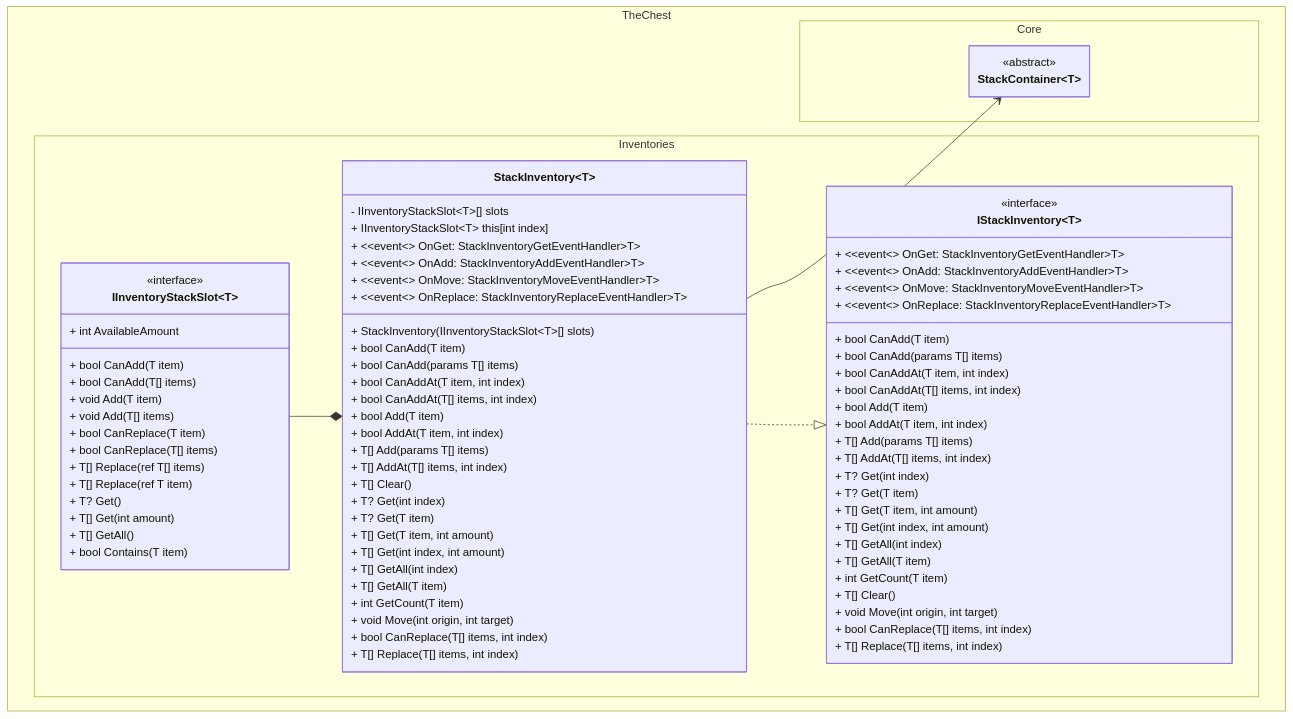
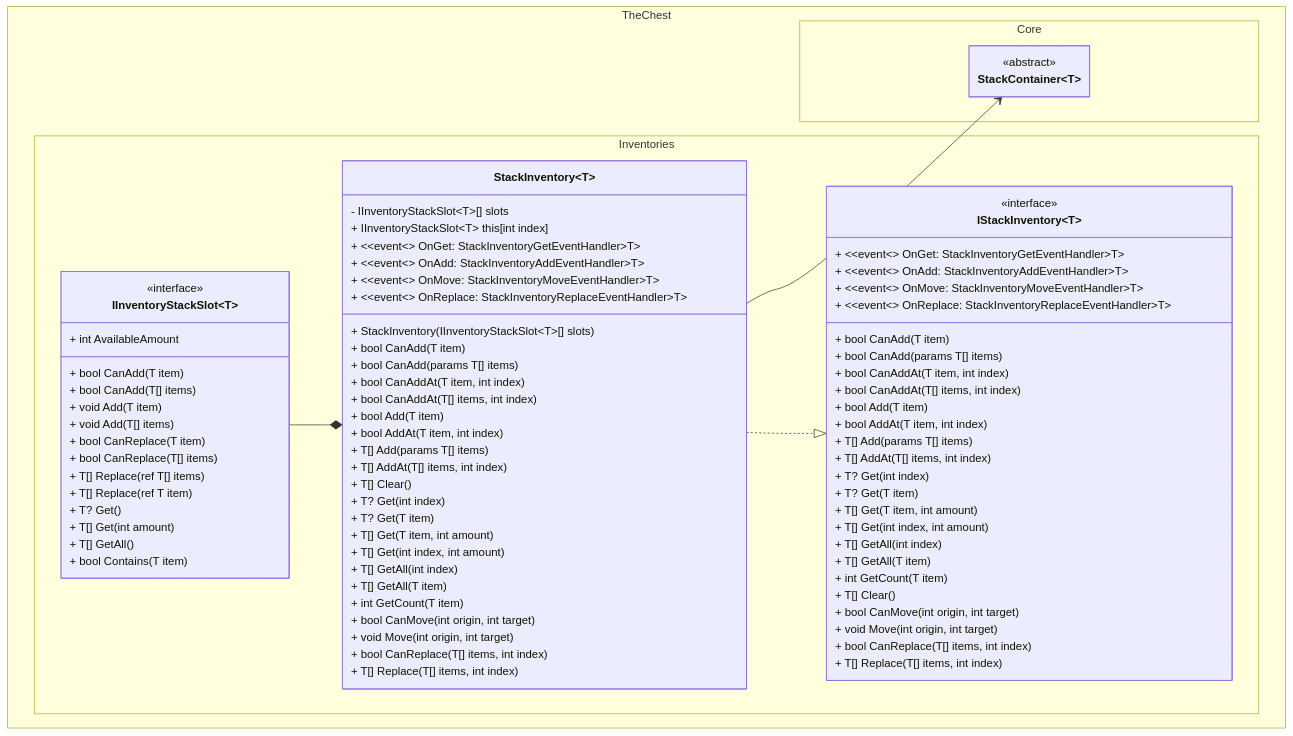
One commit to The-Chest/TheChest.Inventories changed the first of 2 diagrams in docs/stack_inventory/class_diagram.md. Above: the diagram before and after it, drawn with Mermaid. The commit also changed 4 other files, not shown here.

```diff
--- a/docs/stack_inventory/class_diagram.md
+++ b/docs/stack_inventory/class_diagram.md
@@ -48,6 +48,7 @@
 
             + int GetCount(T item)
 
+            + bool CanMove(int origin, int target)
             + void Move(int origin, int target)
 
             + bool CanReplace(T[] items, int index)
@@ -99,6 +100,7 @@
 
             + T[] Clear()
 
+            + bool CanMove(int origin, int target)
             + void Move(int origin, int target)
 
             + bool CanReplace(T[] items, int index)
```
